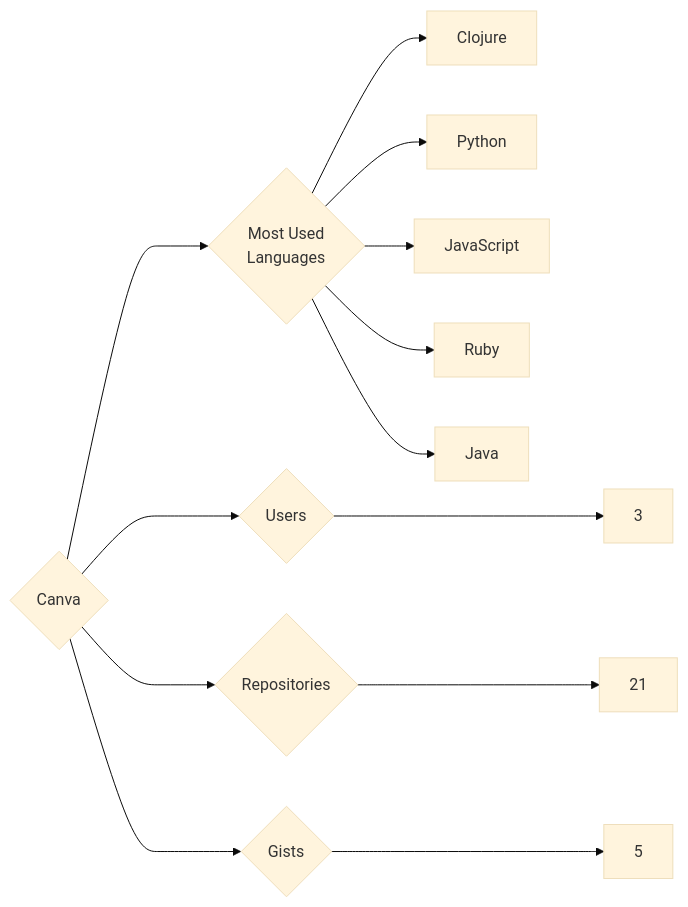
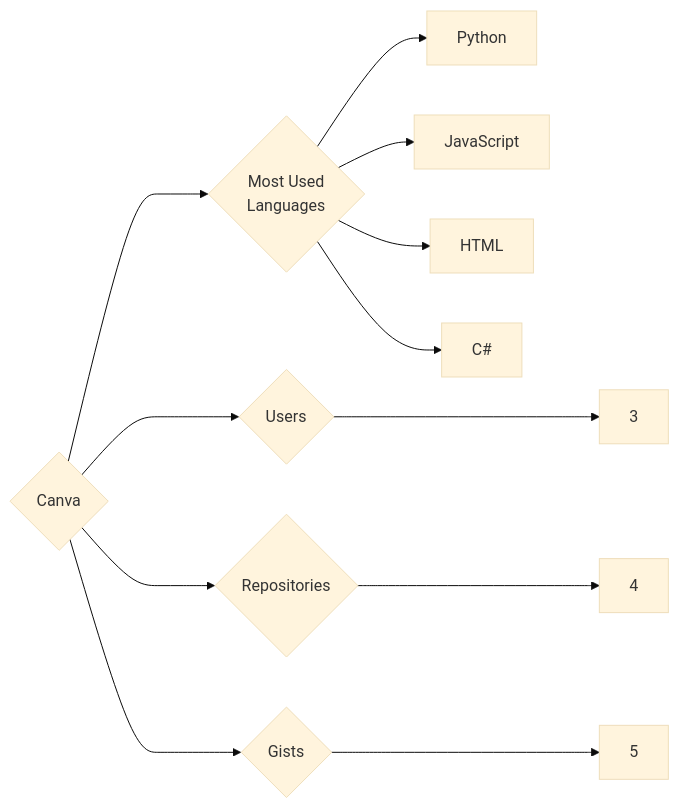
The diagram in targets/Canva/README.md (trickest/insiders), drawn with Mermaid (base theme) before and after one commit. The commit also changed 776 other files, not shown here.

````diff
--- a/targets/Canva/README.md
+++ b/targets/Canva/README.md
@@ -3,13 +3,12 @@
 ```mermaid
 graph LR
 COMPANY_NAME{Canva}
 COMPANY_NAME ---> U{Users} ---> UN[3]
-COMPANY_NAME ---> R{Repositories} ---> RN[21]
+COMPANY_NAME ---> R{Repositories} ---> RN[4]
 COMPANY_NAME ---> G{Gists} ---> GN[5]
 COMPANY_NAME ---> ML{Most Used<br>Languages}
-ML --> Clojure[Clojure]
 ML --> Python[Python]
 ML --> JavaScript[JavaScript]
-ML --> Ruby[Ruby]
-ML --> Java[Java]
+ML --> HTML[HTML]
+ML --> C#[C#]
 ```
````
